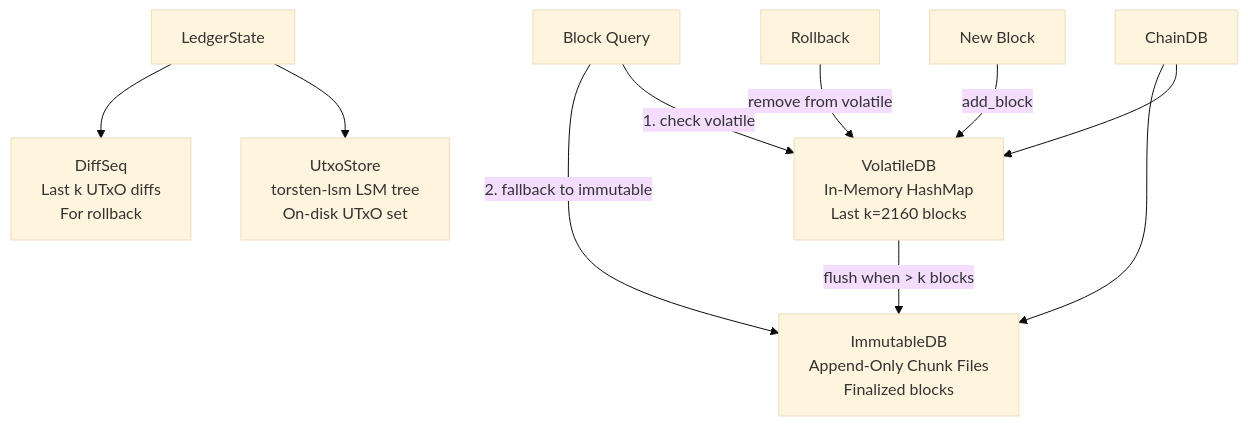
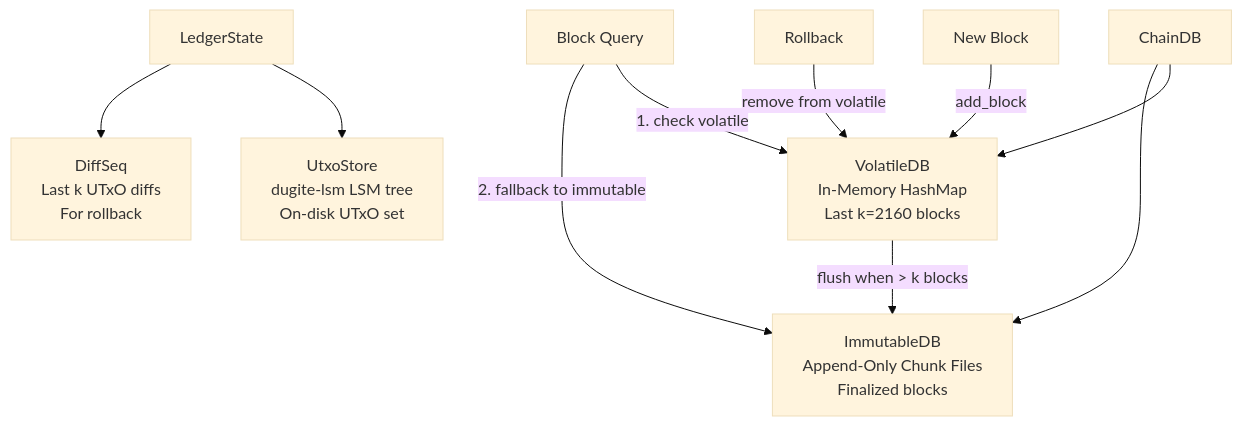
Before and after one commit to michaeljfazio/torsten: the first of 2 diagrams in docs/src/architecture/storage.md, drawn with Mermaid (base theme). The commit also changed other lines of this file and 653 other files, not shown here.

First line of the commit message:
rename: torsten -> dugite across entire codebase

````diff
--- a/docs/src/architecture/storage.md
+++ b/docs/src/architecture/storage.md
@@ -7,16 +7,16 @@
 ```mermaid
 flowchart TD
     CDB[ChainDB] --> VOL[VolatileDB<br/>In-Memory HashMap<br/>Last k=2160 blocks]
     CDB --> IMM[ImmutableDB<br/>Append-Only Chunk Files<br/>Finalized blocks]
 
     NEW[New Block] -->|add_block| VOL
     VOL -->|flush when > k blocks| IMM
 
     READ[Block Query] -->|1. check volatile| VOL
     READ -->|2. fallback to immutable| IMM
 
     ROLL[Rollback] -->|remove from volatile| VOL
 
-    LS[LedgerState] --> UTXO[UtxoStore<br/>torsten-lsm LSM tree<br/>On-disk UTxO set]
+    LS[LedgerState] --> UTXO[UtxoStore<br/>dugite-lsm LSM tree<br/>On-disk UTxO set]
     LS --> DIFF[DiffSeq<br/>Last k UTxO diffs<br/>For rollback]
 ```
````
